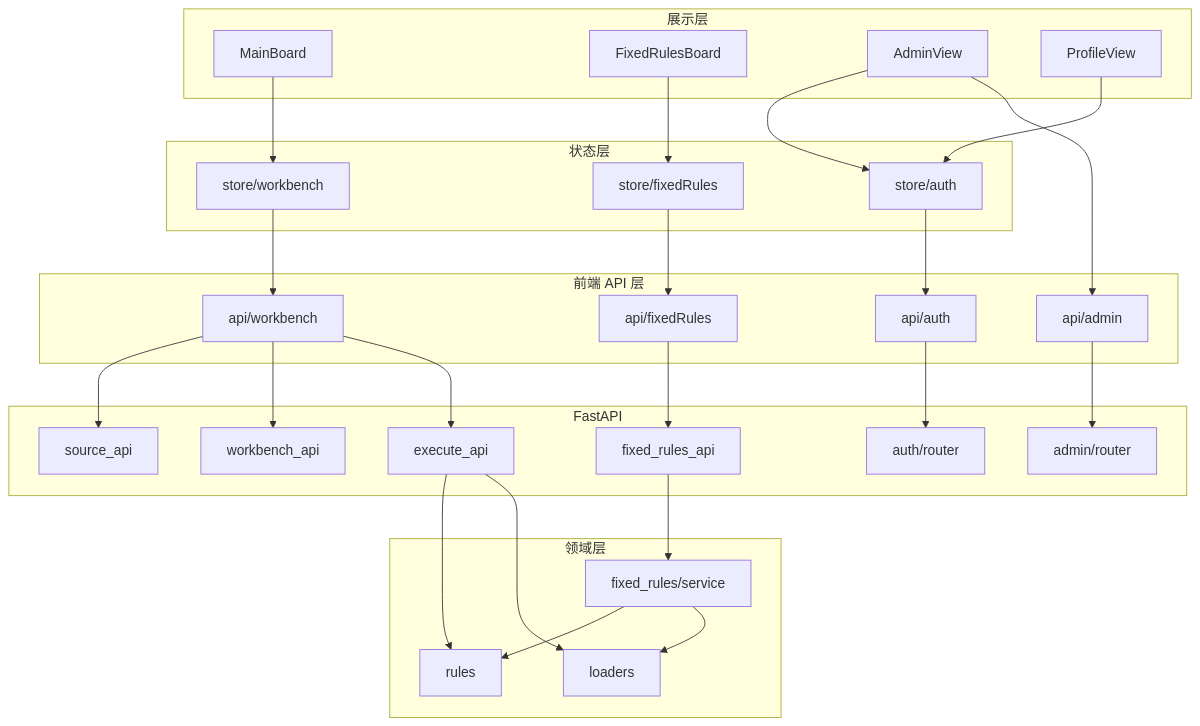
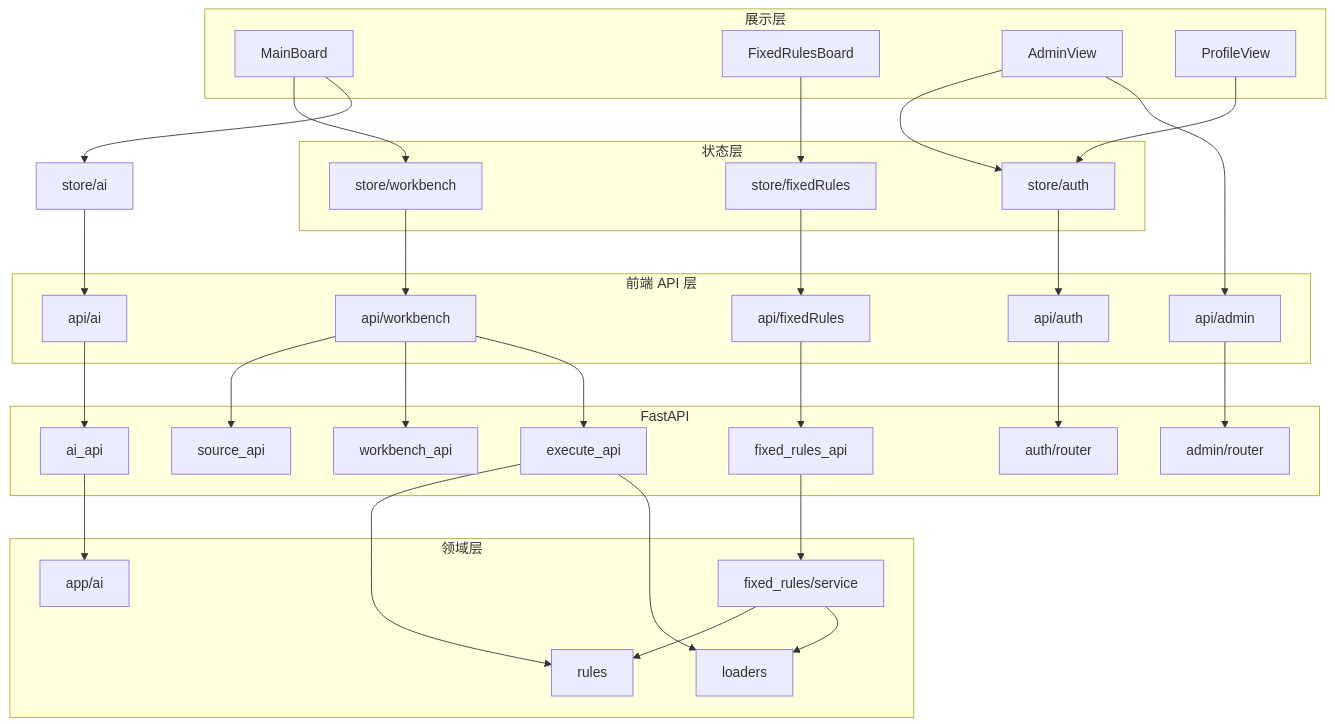
Before and after one commit to 1509498695/excel-check: the diagram in docs/MODULES.md, drawn with Mermaid. The commit also changed other lines of this file and 44 other files, not shown here.

````diff
--- a/docs/MODULES.md
+++ b/docs/MODULES.md
@@ -132,56 +153,63 @@
 ```mermaid
 flowchart TB
   subgraph ui [展示层]
     MainBoard
     FixedRulesBoard
     AdminView
     ProfileView
   end
   subgraph state [状态层]
     AuthStore[store/auth]
     WBStore[store/workbench]
     FRStore[store/fixedRules]
   end
   subgraph apiClient [前端 API 层]
     AuthApi[api/auth]
     AdminApi[api/admin]
     WBApi[api/workbench]
+    AIApi[api/ai]
     FRApi[api/fixedRules]
   end
   subgraph http [FastAPI]
     AuthRouter[auth/router]
     AdminRouter[admin/router]
     SourceAPI[source_api]
     WorkbenchAPI[workbench_api]
+    AIAPI[ai_api]
     ExecuteAPI[execute_api]
     FixedAPI[fixed_rules_api]
   end
   subgraph domain [领域层]
     Loaders[loaders]
     Rules[rules]
+    AIService[app/ai]
     FRService[fixed_rules/service]
   end
 
   MainBoard --> WBStore
+  MainBoard --> AIStore[store/ai]
   FixedRulesBoard --> FRStore
   AdminView --> AuthStore
   ProfileView --> AuthStore
 
   AuthStore --> AuthApi
   WBStore --> WBApi
+  AIStore --> AIApi
   FRStore --> FRApi
   AdminView --> AdminApi
 
   AuthApi --> AuthRouter
   AdminApi --> AdminRouter
   WBApi --> SourceAPI
   WBApi --> WorkbenchAPI
   WBApi --> ExecuteAPI
+  AIApi --> AIAPI
   FRApi --> FixedAPI
 
   ExecuteAPI --> Rules
+  AIAPI --> AIService
   ExecuteAPI --> Loaders
   FixedAPI --> FRService
   FRService --> Rules
   FRService --> Loaders
 ```
````
